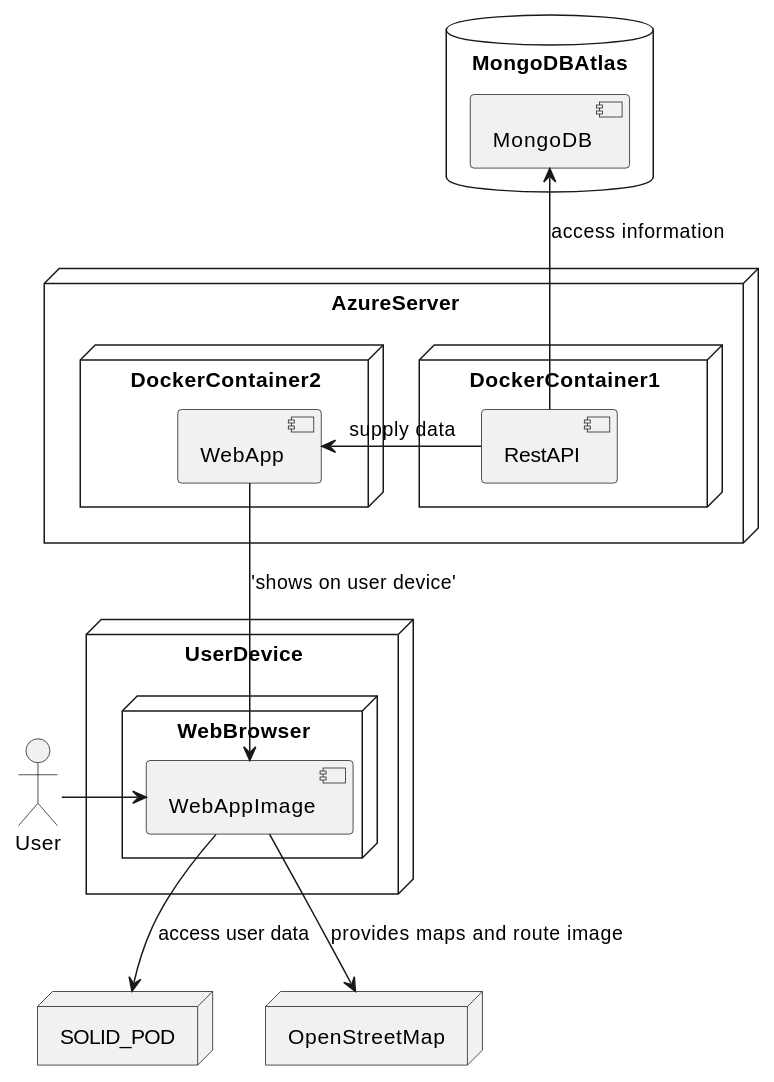
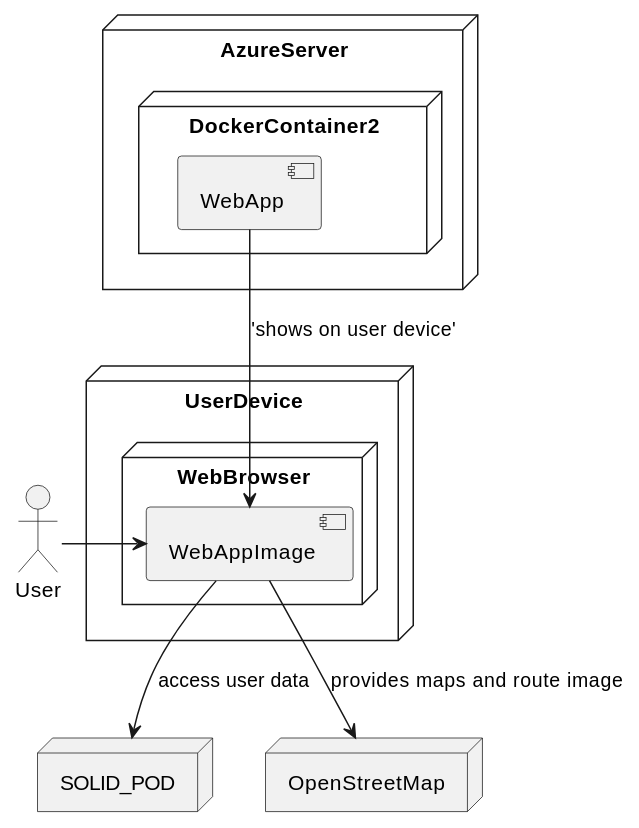
One commit to Arquisoft/lomap_es3a changed the diagram in docs/07_deployment_view.adoc. Above: the diagram before and after it, drawn with PlantUML. The commit also changed other lines of this file and 9 other files, not shown here.

```diff
--- a/docs/07_deployment_view.adoc
+++ b/docs/07_deployment_view.adoc
@@ -6,33 +6,24 @@
-[plantuml, "07_DeploymentView", png]
+[plantuml, "infrastructure-level1", png]
 ----
-node AzureServer{
-    node DockerContainer1 {
-        component RestAPI
-    }
+node AzureServer{    
     node DockerContainer2 {
         component WebApp
     }    
 }
  
 node UserDevice {
     node WebBrowser {
         component WebAppImage
     }
 }
  
-database MongoDBAtlas{
-    component MongoDB
-}
- 
 Actor User
  
 node SOLID_POD
 node OpenStreetMap
  
-RestAPI -u-> MongoDB : "access information"
 WebAppImage -d-> SOLID_POD : "access user data"
 WebAppImage -d-> OpenStreetMap : "provides maps and route image"
-RestAPI -l-> WebApp : "supply data"
 WebApp -d-> WebAppImage : 'shows on user device'
 WebAppImage <-l- User
 ----
```
